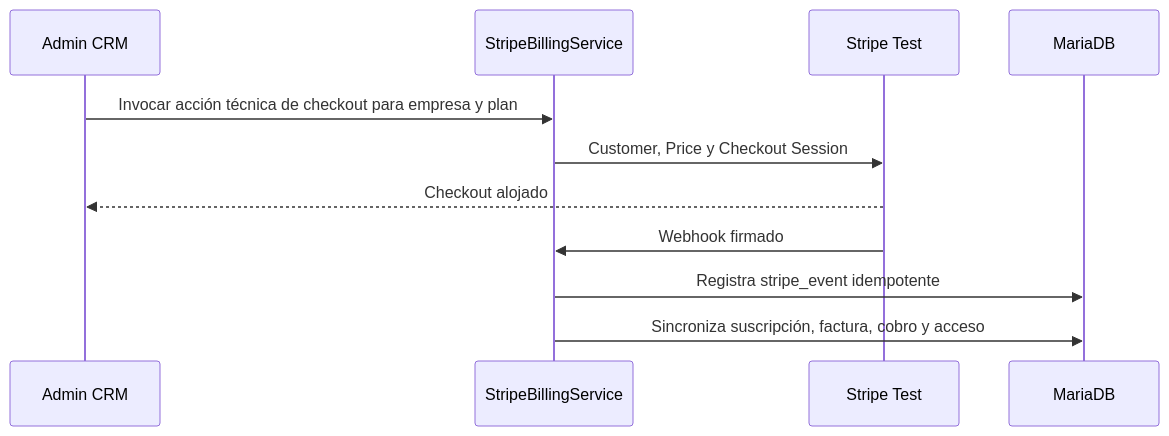
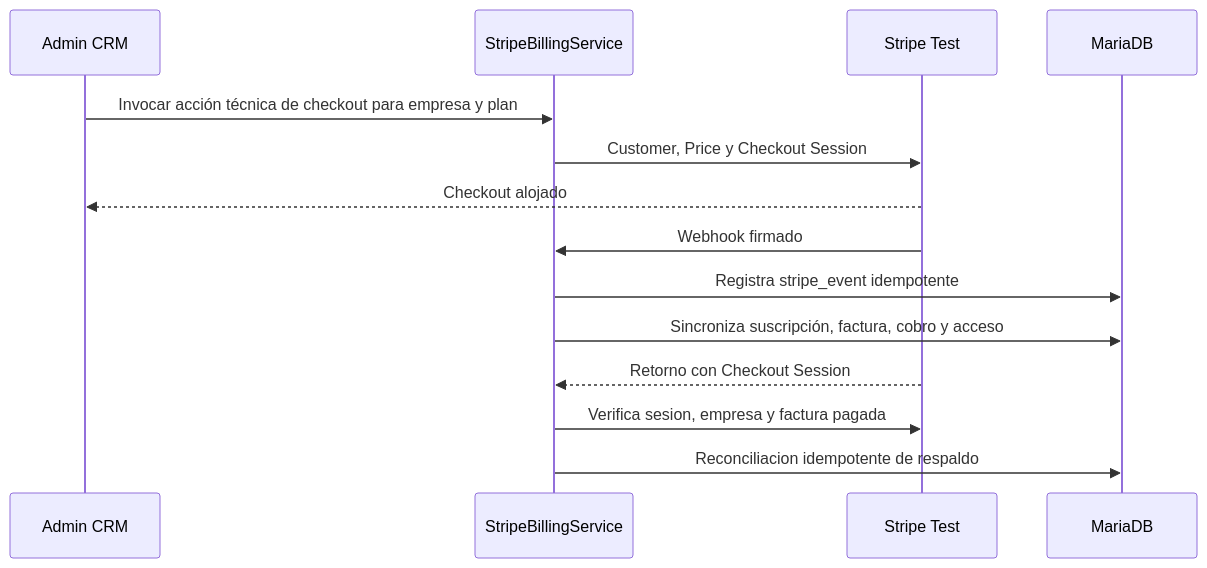
Before and after one commit to Jacketring/Membora-CRM: the seventh of 8 diagrams in docs/18-arquitectura-y-flujos.md, drawn with Mermaid. The commit also changed other lines of this file and 13 other files, not shown here.

````diff
--- a/docs/18-arquitectura-y-flujos.md
+++ b/docs/18-arquitectura-y-flujos.md
@@ -108,13 +108,16 @@
 ```mermaid
 sequenceDiagram
     participant A as Admin CRM
     participant CRM as StripeBillingService
     participant S as Stripe Test
     participant DB as MariaDB
     A->>CRM: Invocar acción técnica de checkout para empresa y plan
     CRM->>S: Customer, Price y Checkout Session
     S-->>A: Checkout alojado
     S->>CRM: Webhook firmado
     CRM->>DB: Registra stripe_event idempotente
     CRM->>DB: Sincroniza suscripción, factura, cobro y acceso
+    S-->>CRM: Retorno con Checkout Session
+    CRM->>S: Verifica sesion, empresa y factura pagada
+    CRM->>DB: Reconciliacion idempotente de respaldo
 ```
````
